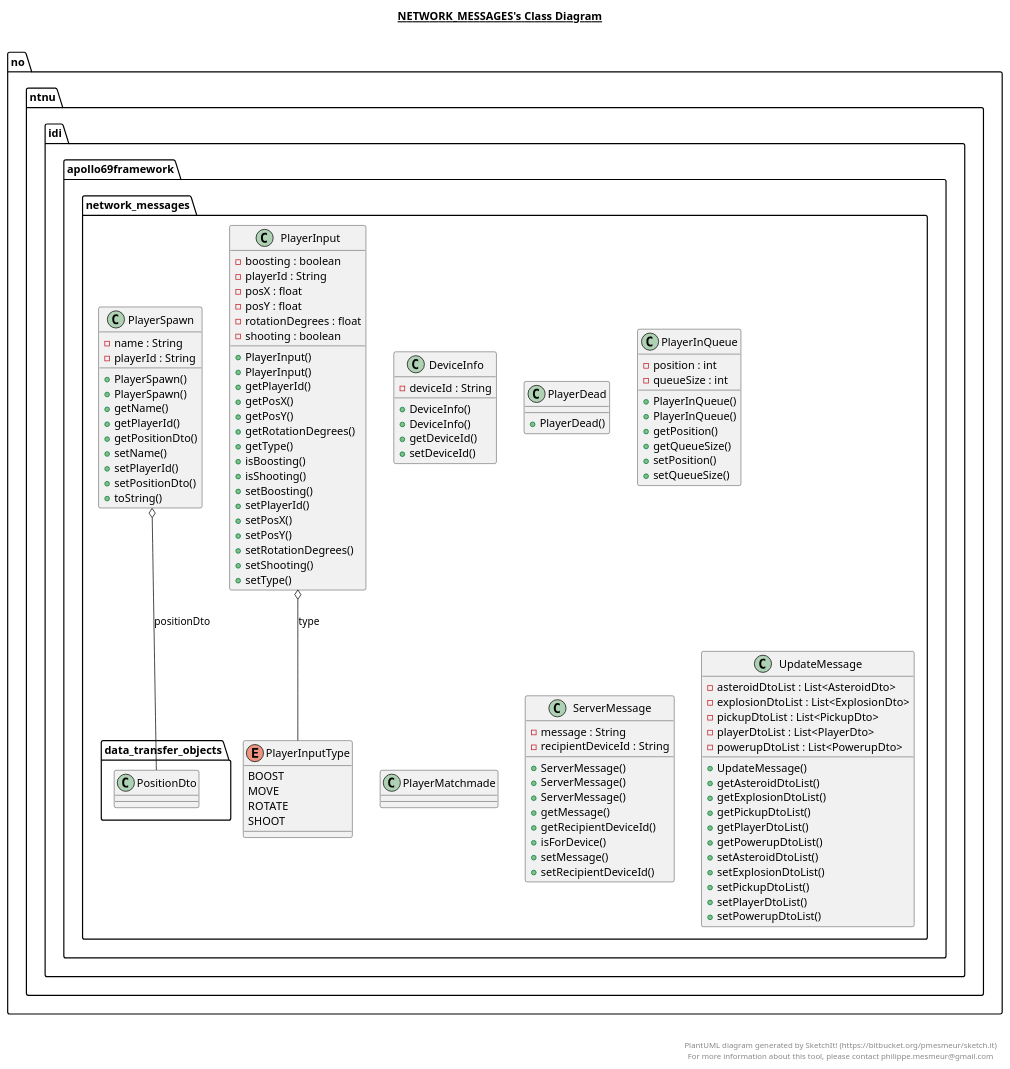
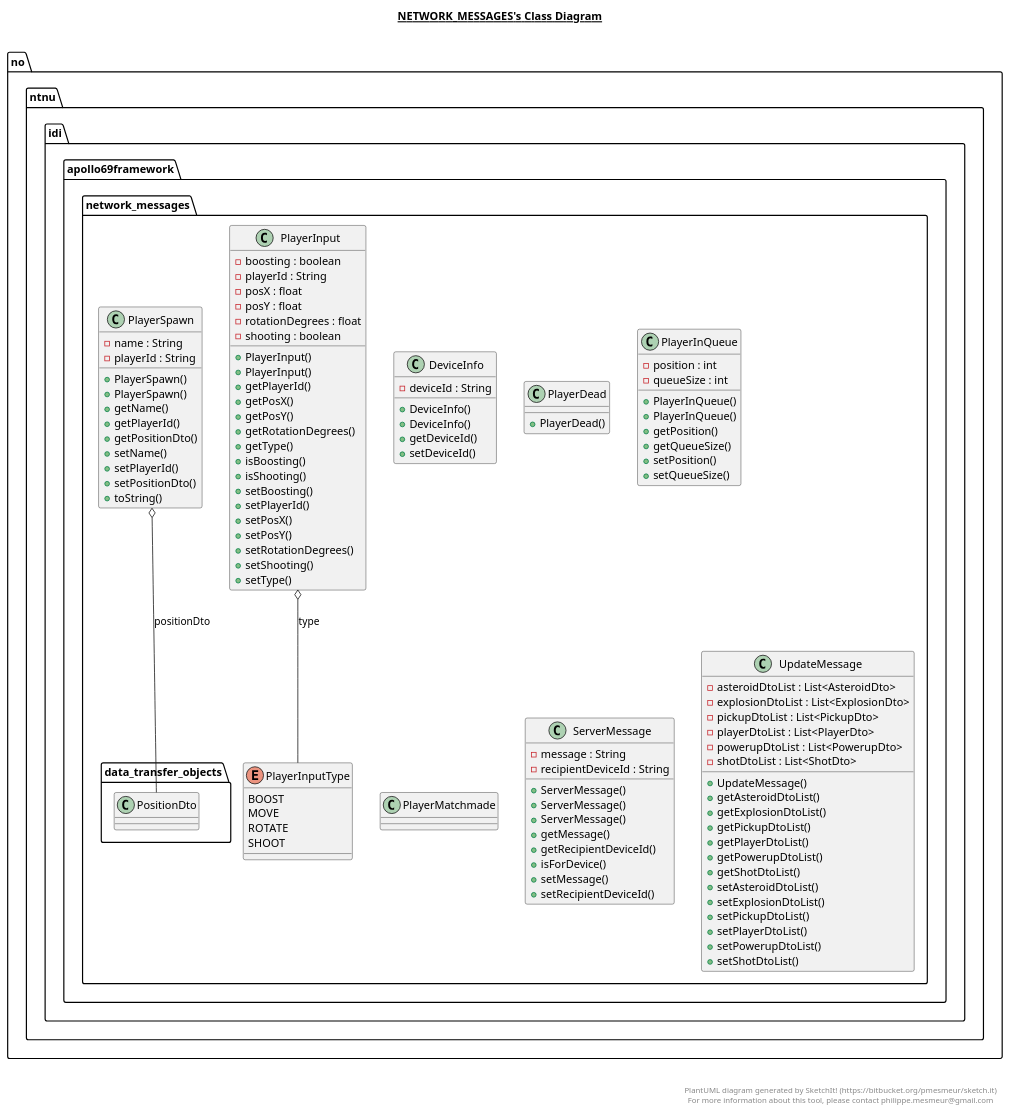
Before and after one commit to GardSteinsvik/apollo-69: the diagram in framework/src/main/java/no/ntnu/idi/apollo69framework/network_messages/network_messages.plantuml, drawn with PlantUML. The commit also changed 11 other files, not shown here.

Commit message:
UML updated

```diff
--- a/framework/src/main/java/no/ntnu/idi/apollo69framework/network_messages/network_messages.plantuml
+++ b/framework/src/main/java/no/ntnu/idi/apollo69framework/network_messages/network_messages.plantuml
@@ -1,165 +1,168 @@
 @startuml
 
 title __NETWORK_MESSAGES's Class Diagram__\n
 
   namespace no.ntnu.idi.apollo69framework {
     namespace network_messages {
       class no.ntnu.idi.apollo69framework.network_messages.DeviceInfo {
           - deviceId : String
           + DeviceInfo()
           + DeviceInfo()
           + getDeviceId()
           + setDeviceId()
       }
     }
   }
   
 
   namespace no.ntnu.idi.apollo69framework {
     namespace network_messages {
       class no.ntnu.idi.apollo69framework.network_messages.PlayerDead {
           + PlayerDead()
       }
     }
   }
   
 
   namespace no.ntnu.idi.apollo69framework {
     namespace network_messages {
       class no.ntnu.idi.apollo69framework.network_messages.PlayerInQueue {
           - position : int
           - queueSize : int
           + PlayerInQueue()
           + PlayerInQueue()
           + getPosition()
           + getQueueSize()
           + setPosition()
           + setQueueSize()
       }
     }
   }
   
 
   namespace no.ntnu.idi.apollo69framework {
     namespace network_messages {
       class no.ntnu.idi.apollo69framework.network_messages.PlayerInput {
           - boosting : boolean
           - playerId : String
           - posX : float
           - posY : float
           - rotationDegrees : float
           - shooting : boolean
           + PlayerInput()
           + PlayerInput()
           + getPlayerId()
           + getPosX()
           + getPosY()
           + getRotationDegrees()
           + getType()
           + isBoosting()
           + isShooting()
           + setBoosting()
           + setPlayerId()
           + setPosX()
           + setPosY()
           + setRotationDegrees()
           + setShooting()
           + setType()
       }
     }
   }
   
 
   namespace no.ntnu.idi.apollo69framework {
     namespace network_messages {
       enum PlayerInputType {
         BOOST
         MOVE
         ROTATE
         SHOOT
       }
     }
   }
   
 
   namespace no.ntnu.idi.apollo69framework {
     namespace network_messages {
       class no.ntnu.idi.apollo69framework.network_messages.PlayerMatchmade {
       }
     }
   }
   
 
   namespace no.ntnu.idi.apollo69framework {
     namespace network_messages {
       class no.ntnu.idi.apollo69framework.network_messages.PlayerSpawn {
           - name : String
           - playerId : String
           + PlayerSpawn()
           + PlayerSpawn()
           + getName()
           + getPlayerId()
           + getPositionDto()
           + setName()
           + setPlayerId()
           + setPositionDto()
           + toString()
       }
     }
   }
   
 
   namespace no.ntnu.idi.apollo69framework {
     namespace network_messages {
       class no.ntnu.idi.apollo69framework.network_messages.ServerMessage {
           - message : String
           - recipientDeviceId : String
           + ServerMessage()
           + ServerMessage()
           + ServerMessage()
           + getMessage()
           + getRecipientDeviceId()
           + isForDevice()
           + setMessage()
           + setRecipientDeviceId()
       }
     }
   }
   
 
   namespace no.ntnu.idi.apollo69framework {
     namespace network_messages {
       class no.ntnu.idi.apollo69framework.network_messages.UpdateMessage {
           - asteroidDtoList : List<AsteroidDto>
           - explosionDtoList : List<ExplosionDto>
           - pickupDtoList : List<PickupDto>
           - playerDtoList : List<PlayerDto>
           - powerupDtoList : List<PowerupDto>
+          - shotDtoList : List<ShotDto>
           + UpdateMessage()
           + getAsteroidDtoList()
           + getExplosionDtoList()
           + getPickupDtoList()
           + getPlayerDtoList()
           + getPowerupDtoList()
+          + getShotDtoList()
           + setAsteroidDtoList()
           + setExplosionDtoList()
           + setPickupDtoList()
           + setPlayerDtoList()
           + setPowerupDtoList()
+          + setShotDtoList()
       }
     }
   }
   
 
   no.ntnu.idi.apollo69framework.network_messages.PlayerInput o-- no.ntnu.idi.apollo69framework.network_messages.PlayerInputType : type
   no.ntnu.idi.apollo69framework.network_messages.PlayerSpawn o-- no.ntnu.idi.apollo69framework.network_messages.data_transfer_objects.PositionDto : positionDto
 
 
 right footer
 
 
 PlantUML diagram generated by SketchIt! (https://bitbucket.org/pmesmeur/sketch.it)
 For more information about this tool, please contact philippe.mesmeur@gmail.com
 endfooter
 
 @enduml
```
